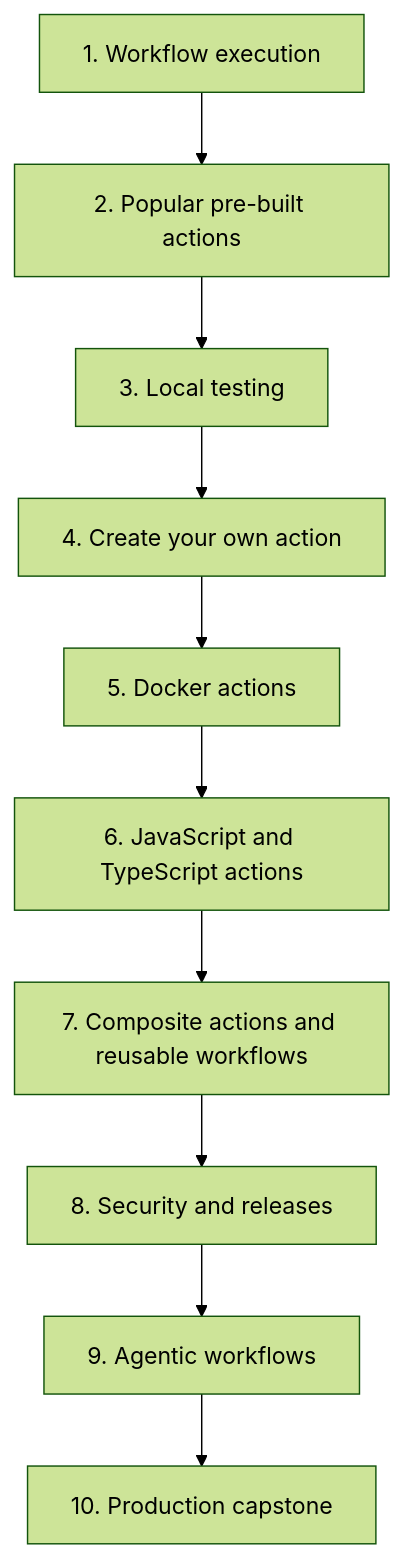
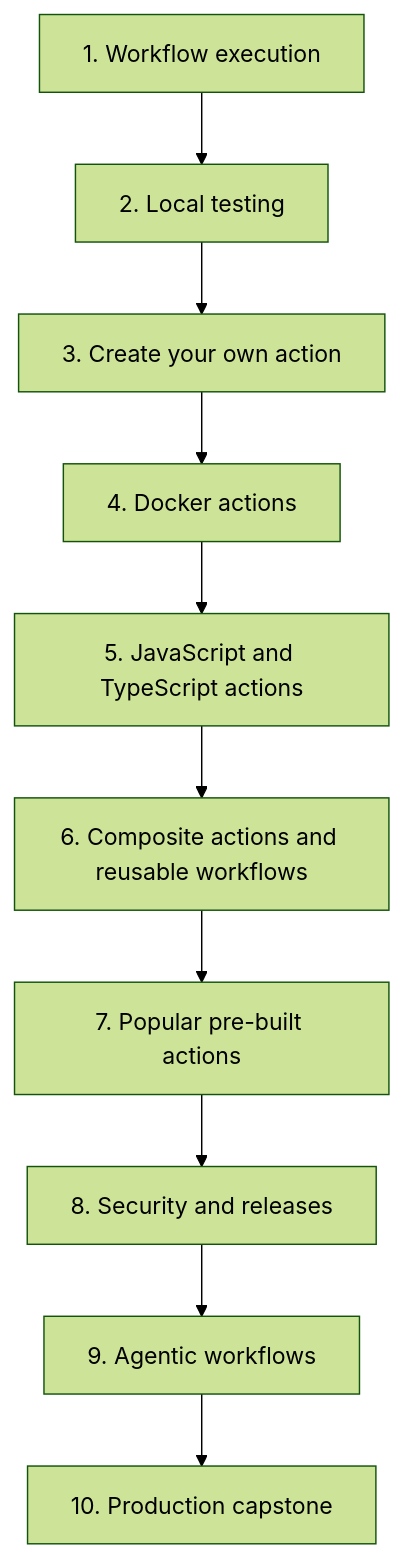
The diagram in docs/index.md (Rohit1024/actions-learn), drawn with Mermaid (forest theme) before and after one commit. The commit also changed other lines of this file and 228 other files, not shown here.

````diff
--- a/docs/index.md
+++ b/docs/index.md
@@ -58,12 +58,12 @@
 ```mermaid
 flowchart TD
-    M1["1. Workflow execution"] --> M2["2. Popular pre-built actions"]
-    M2 --> M3["3. Local testing"]
-    M3 --> M4["4. Create your own action"]
-    M4 --> M5["5. Docker actions"]
-    M5 --> M6["6. JavaScript and TypeScript actions"]
-    M6 --> M7["7. Composite actions and reusable workflows"]
+    M1["1. Workflow execution"] --> M2["2. Local testing"]
+    M2 --> M3["3. Create your own action"]
+    M3 --> M4["4. Docker actions"]
+    M4 --> M5["5. JavaScript and TypeScript actions"]
+    M5 --> M6["6. Composite actions and reusable workflows"]
+    M6 --> M7["7. Popular pre-built actions"]
     M7 --> M8["8. Security and releases"]
     M8 --> M9["9. Agentic workflows"]
     M9 --> M10["10. Production capstone"]
 ```
````
